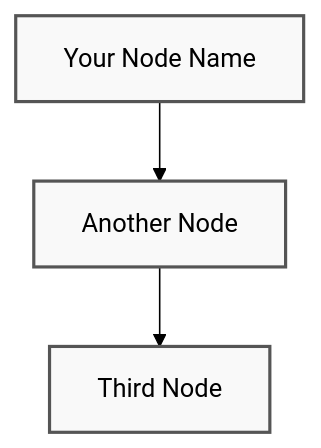
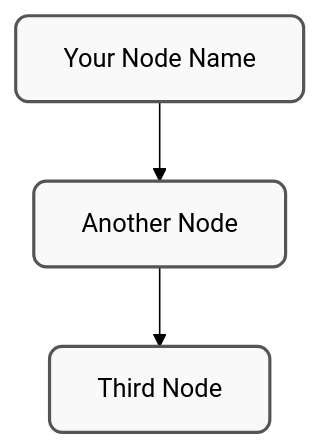
Before and after one commit to underpass-ai/swe-ai-fleet: the sixth of 7 diagrams in MERMAID_STYLE_GUIDE.md, drawn with Mermaid (forest theme). The commit also changed other lines of this file and 1 other file, not shown here.

First line of the commit message:
docs: add rounded corners to mermaid standard pattern - final polish

````diff
--- a/MERMAID_STYLE_GUIDE.md
+++ b/MERMAID_STYLE_GUIDE.md
@@ -182,12 +189,12 @@
 ```mermaid
 graph TD
     A["Your Node Name"]
     B["Another Node"]
     C["Third Node"]
     
     A --> B --> C
     
-    style A stroke:#555,stroke-width:2px,fill:#f9f9f9,color:#000
-    style B stroke:#555,stroke-width:2px,fill:#f9f9f9,color:#000
-    style C stroke:#555,stroke-width:2px,fill:#f9f9f9,color:#000
+    style A stroke:#555,stroke-width:2px,fill:#f9f9f9,color:#000,rx:8,ry:8
+    style B stroke:#555,stroke-width:2px,fill:#f9f9f9,color:#000,rx:8,ry:8
+    style C stroke:#555,stroke-width:2px,fill:#f9f9f9,color:#000,rx:8,ry:8
 ```
````
